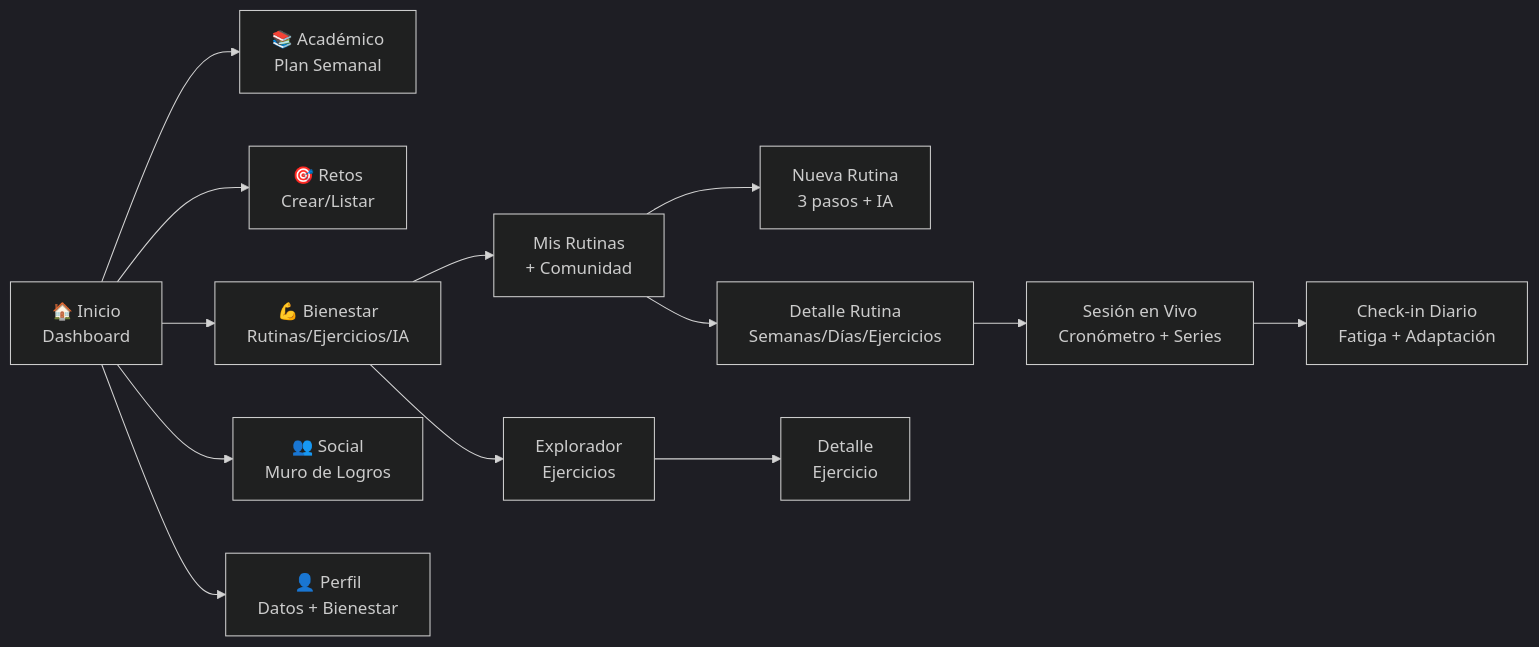
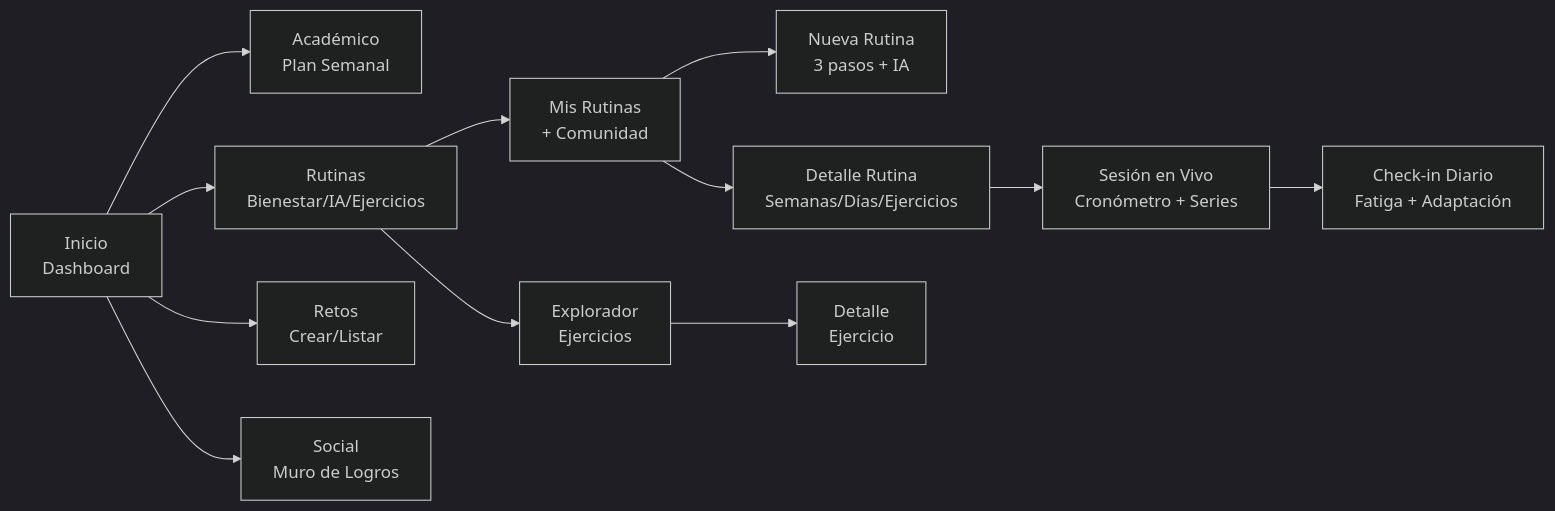
The first of 5 diagrams in docs/06-frontend.md (Jloen1999/synaptixfit), drawn with Mermaid (dark theme) before and after one commit. The commit also changed other lines of this file and 270 other files, not shown here.

````diff
--- a/docs/06-frontend.md
+++ b/docs/06-frontend.md
@@ -12,16 +12,15 @@
 ```mermaid
 flowchart LR
-    Home["🏠 Inicio<br/>Dashboard"] --> Academic["📚 Académico<br/>Plan Semanal"]
-    Home --> Challenges["🎯 Retos<br/>Crear/Listar"]
-    Home --> Wellness["💪 Bienestar<br/>Rutinas/Ejercicios/IA"]
-    Home --> Social["👥 Social<br/>Muro de Logros"]
-    Home --> Profile["👤 Perfil<br/>Datos + Bienestar"]
+    Home["Inicio<br/>Dashboard"] --> Academic["Académico<br/>Plan Semanal"]
+    Home --> Wellness["Rutinas<br/>Bienestar/IA/Ejercicios"]
+    Home --> Challenges["Retos<br/>Crear/Listar"]
+    Home --> Social["Social<br/>Muro de Logros"]
 
     Wellness --> RoutineList["Mis Rutinas<br/>+ Comunidad"]
     RoutineList --> NewRoutine["Nueva Rutina<br/>3 pasos + IA"]
     RoutineList --> RoutineDetail["Detalle Rutina<br/>Semanas/Días/Ejercicios"]
     RoutineDetail --> LiveSession["Sesión en Vivo<br/>Cronómetro + Series"]
     LiveSession --> CheckIn["Check-in Diario<br/>Fatiga + Adaptación"]
     Wellness --> ExerciseExplorer["Explorador<br/>Ejercicios"]
     ExerciseExplorer --> ExerciseDetail["Detalle<br/>Ejercicio"]
 ```
````
